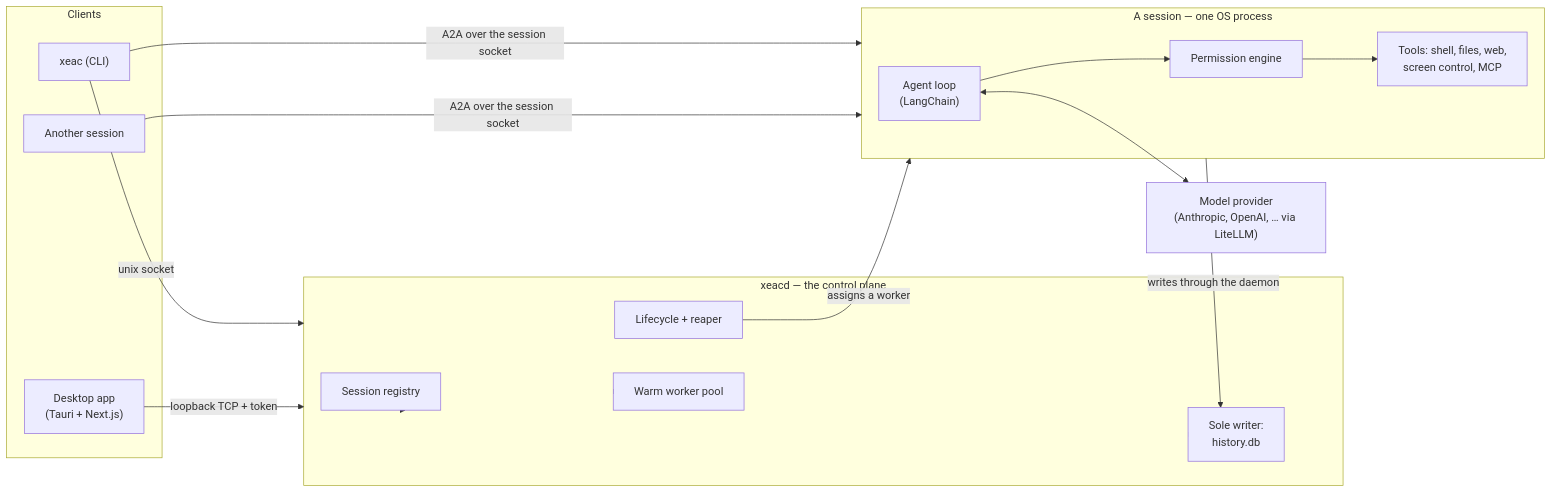
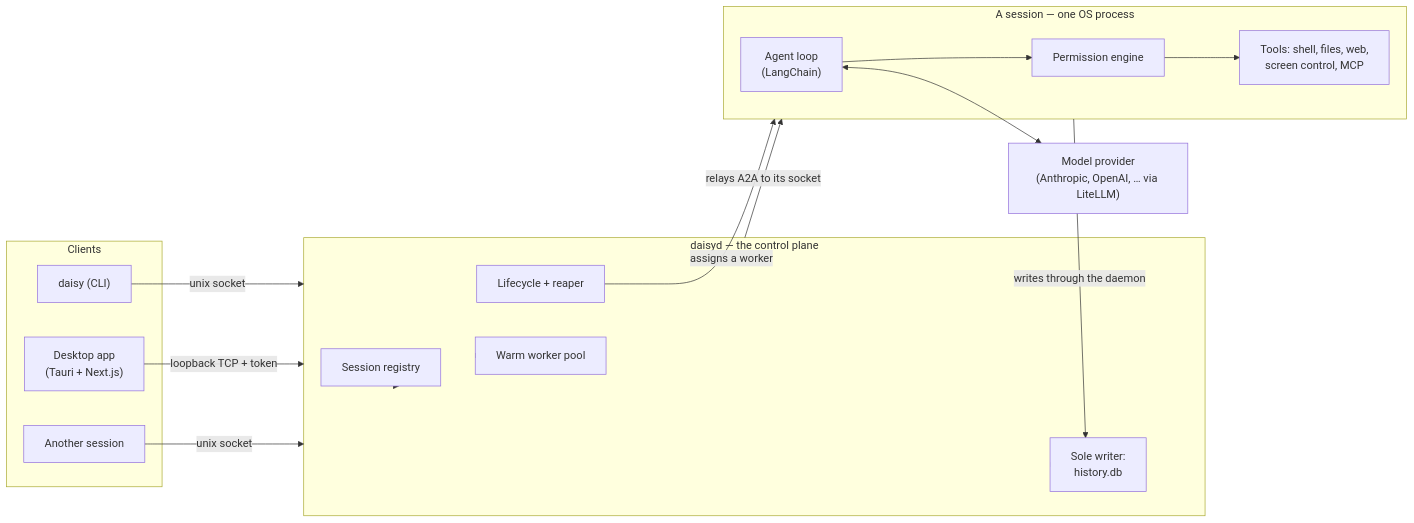
The diagram in documentation/architecture.md (ghovax/frank), drawn with Mermaid before and after one commit. The commit also changed other lines of this file and 358 other files, not shown here.

````diff
--- a/documentation/architecture.md
+++ b/documentation/architecture.md
@@ -5,33 +5,33 @@
 ```mermaid
 flowchart LR
     subgraph Clients
-        Cli["xeac (CLI)"]
+        Cli["daisy (CLI)"]
         App["Desktop app<br/>(Tauri + Next.js)"]
         Peer["Another session"]
     end
 
-    subgraph Daemon["xeacd — the control plane"]
+    subgraph Daemon["daisyd — the control plane"]
         Registry["Session registry"]
         Lifecycle["Lifecycle + reaper"]
         Pool["Warm worker pool"]
         Stores["Sole writer:<br/>history.db"]
     end
 
     subgraph Session["A session — one OS process"]
         Executor["Agent loop<br/>(LangChain)"]
         Permissions["Permission engine"]
         Tools["Tools: shell, files, web,<br/>screen control, MCP"]
     end
 
     ModelProvider["Model provider<br/>(Anthropic, OpenAI, … via LiteLLM)"]
 
     Cli -->|unix socket| Daemon
     App -->|loopback TCP + token| Daemon
+    Peer -->|unix socket| Daemon
     Daemon --> Registry & Lifecycle & Pool & Stores
     Lifecycle -->|assigns a worker| Session
-    Cli -->|A2A over the session socket| Session
-    Peer -->|A2A over the session socket| Session
+    Daemon -->|relays A2A to its socket| Session
     Session -->|writes through the daemon| Stores
     Executor --> Permissions --> Tools
     Executor <--> ModelProvider
 ```
````
